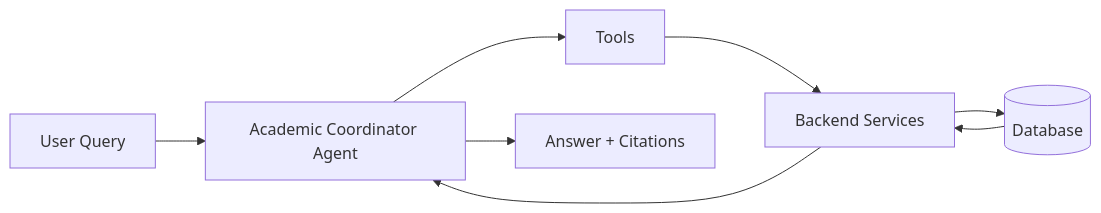
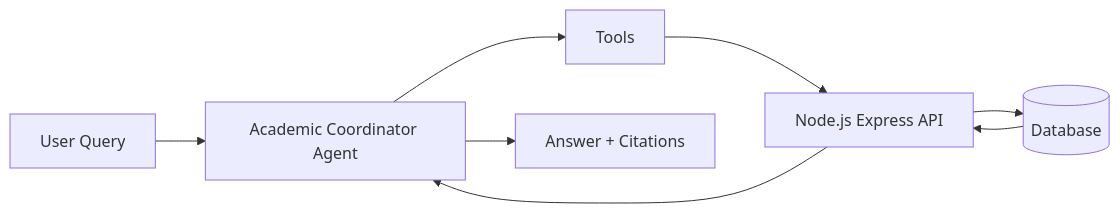
One commit to Root-node1/okoa-sem changed the seventh of 7 diagrams in docs/SYSTEM_DESIGN.md. Above: the diagram before and after it, drawn with Mermaid. The commit also changed other lines of this file and 8 other files, not shown here.

Commit message:
docs: adopt Node.js Express backend architecture

````diff
--- a/docs/SYSTEM_DESIGN.md
+++ b/docs/SYSTEM_DESIGN.md
@@ -252,10 +304,10 @@
 ```mermaid
 flowchart LR
   UserQuery[User Query] --> Agent[Academic Coordinator Agent]
   Agent --> Tools[Tools]
-  Tools --> Backend[Backend Services]
-  Backend --> DB[(Database)]
-  DB --> Backend
-  Backend --> Agent
+  Tools --> API[Node.js Express API]
+  API --> DB[(Database)]
+  DB --> API
+  API --> Agent
   Agent --> Answer[Answer + Citations]
 ```
````
